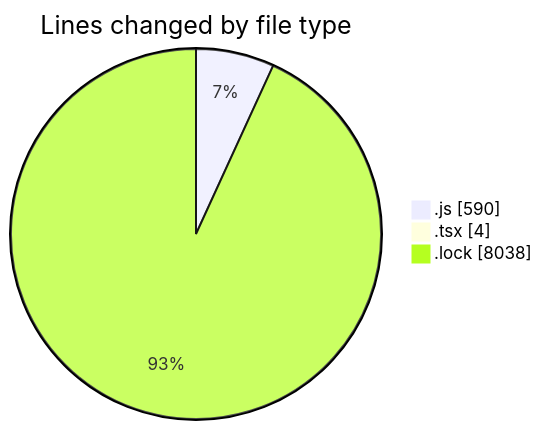
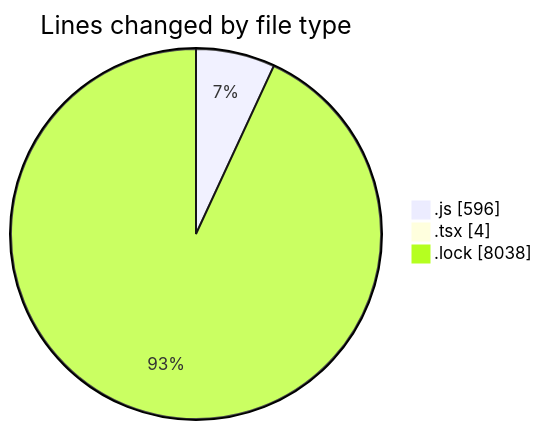
One commit to momahboobian/code-tracking changed the first of 2 diagrams in 2025-03-11/cda/README.md. Above: the diagram before and after it, drawn with Mermaid. The commit also changed other lines of this file and 1 other file, not shown here.

````diff
--- a/2025-03-11/cda/README.md
+++ b/2025-03-11/cda/README.md
@@ -30,7 +30,7 @@
 ```mermaid
 pie showData
 title Lines changed by file type
-".js" : 590
+".js" : 596
 ".tsx" : 4
 ".lock" : 8038
 ```
````
